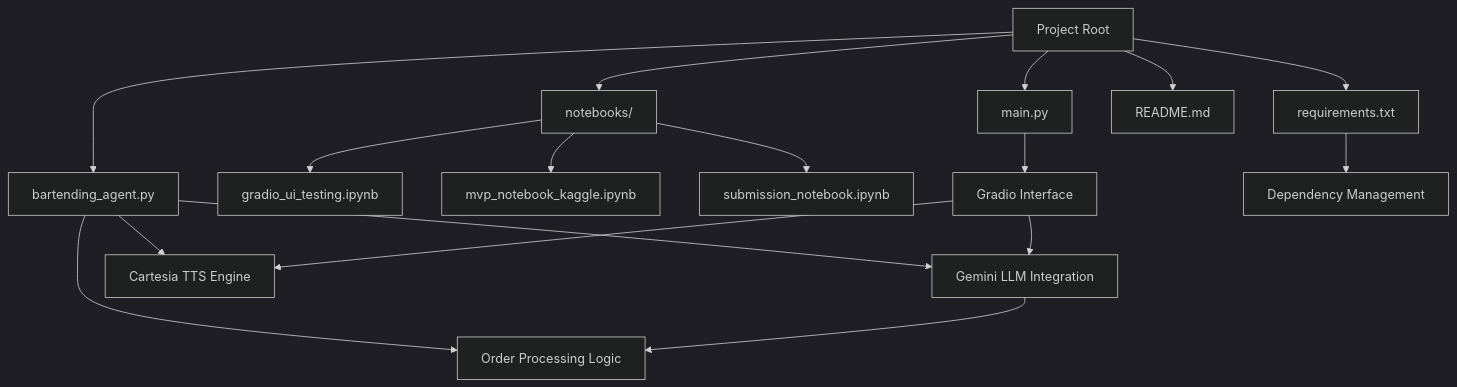
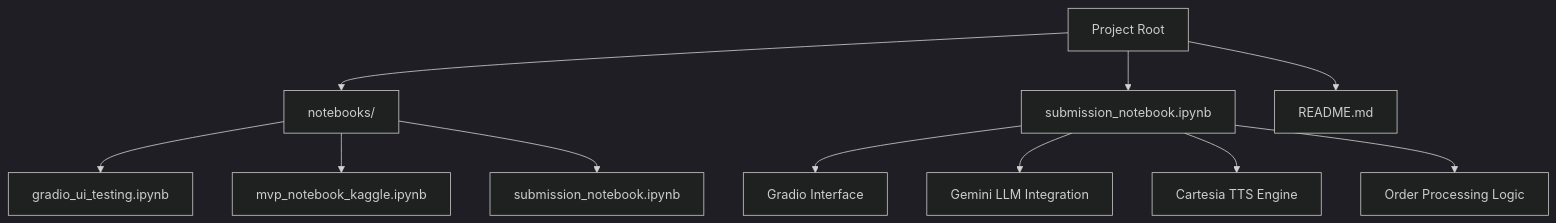
One commit to MOK-5-ha/MayaBartendingAgent changed the first of 4 diagrams in .qoder/repowiki/en/content/System Overview.md. Above: the diagram before and after it, drawn with Mermaid (dark theme). The commit also changed other lines of this file and 14 other files, not shown here.

````diff
--- a/.qoder/repowiki/en/content/System Overview.md
+++ b/.qoder/repowiki/en/content/System Overview.md
@@ -48,19 +53,13 @@
 ```mermaid
 graph TB
 A[Project Root] --> B[notebooks/]
-A --> C[main.py]
-A --> D[bartending_agent.py]
-A --> E[requirements.txt]
-A --> F[README.md]
-B --> G[gradio_ui_testing.ipynb]
-B --> H[mvp_notebook_kaggle.ipynb]
-B --> I[submission_notebook.ipynb]
+A --> C[submission_notebook.ipynb]
+A --> D[README.md]
+B --> E[gradio_ui_testing.ipynb]
+B --> F[mvp_notebook_kaggle.ipynb]
+B --> G[submission_notebook.ipynb]
 C --> J[Gradio Interface]
-D --> K[Gemini LLM Integration]
-D --> L[Cartesia TTS Engine]
-D --> M[Order Processing Logic]
-E --> N[Dependency Management]
-J --> K
-J --> L
-K --> M
+C --> K[Gemini LLM Integration]
+C --> L[Cartesia TTS Engine]
+C --> M[Order Processing Logic]
 ```
````
